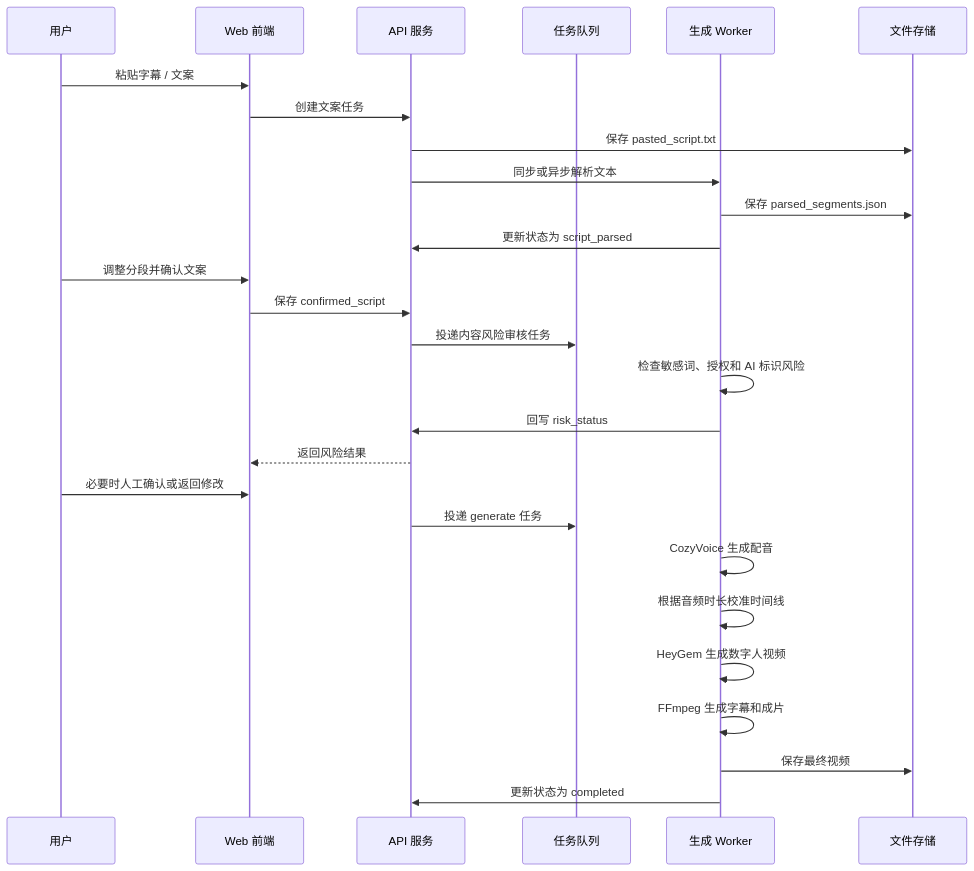
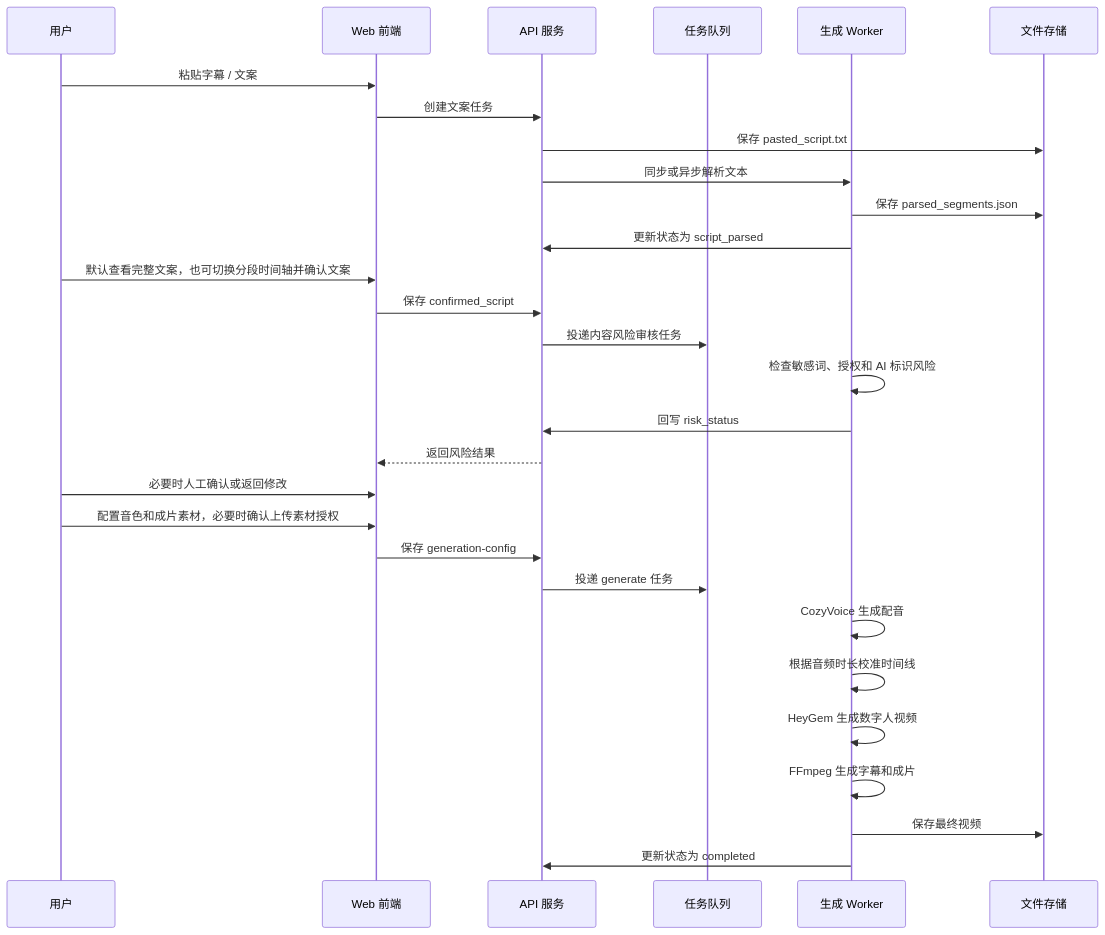
Before and after one commit to AlphaSphere/DigitalHuman: the third of 7 diagrams in docs/technical-architecture.md, drawn with Mermaid. The commit also changed other lines of this file and 11 other files, not shown here.

Commit message:
Update generation flow and docs alignment

````diff
--- a/docs/technical-architecture.md
+++ b/docs/technical-architecture.md
@@ -213,30 +216,32 @@
 ```mermaid
 sequenceDiagram
   participant U as 用户
   participant W as Web 前端
   participant A as API 服务
   participant Q as 任务队列
   participant G as 生成 Worker
   participant S as 文件存储
 
   U->>W: 粘贴字幕 / 文案
   W->>A: 创建文案任务
   A->>S: 保存 pasted_script.txt
   A->>G: 同步或异步解析文本
   G->>S: 保存 parsed_segments.json
   G->>A: 更新状态为 script_parsed
-  U->>W: 调整分段并确认文案
+  U->>W: 默认查看完整文案，也可切换分段时间轴并确认文案
   W->>A: 保存 confirmed_script
   A->>Q: 投递内容风险审核任务
   G->>G: 检查敏感词、授权和 AI 标识风险
   G->>A: 回写 risk_status
   A-->>W: 返回风险结果
   U->>W: 必要时人工确认或返回修改
+  U->>W: 配置音色和成片素材，必要时确认上传素材授权
+  W->>A: 保存 generation-config
   A->>Q: 投递 generate 任务
   G->>G: CozyVoice 生成配音
   G->>G: 根据音频时长校准时间线
   G->>G: HeyGem 生成数字人视频
   G->>G: FFmpeg 生成字幕和成片
   G->>S: 保存最终视频
   G->>A: 更新状态为 completed
 ```
````
